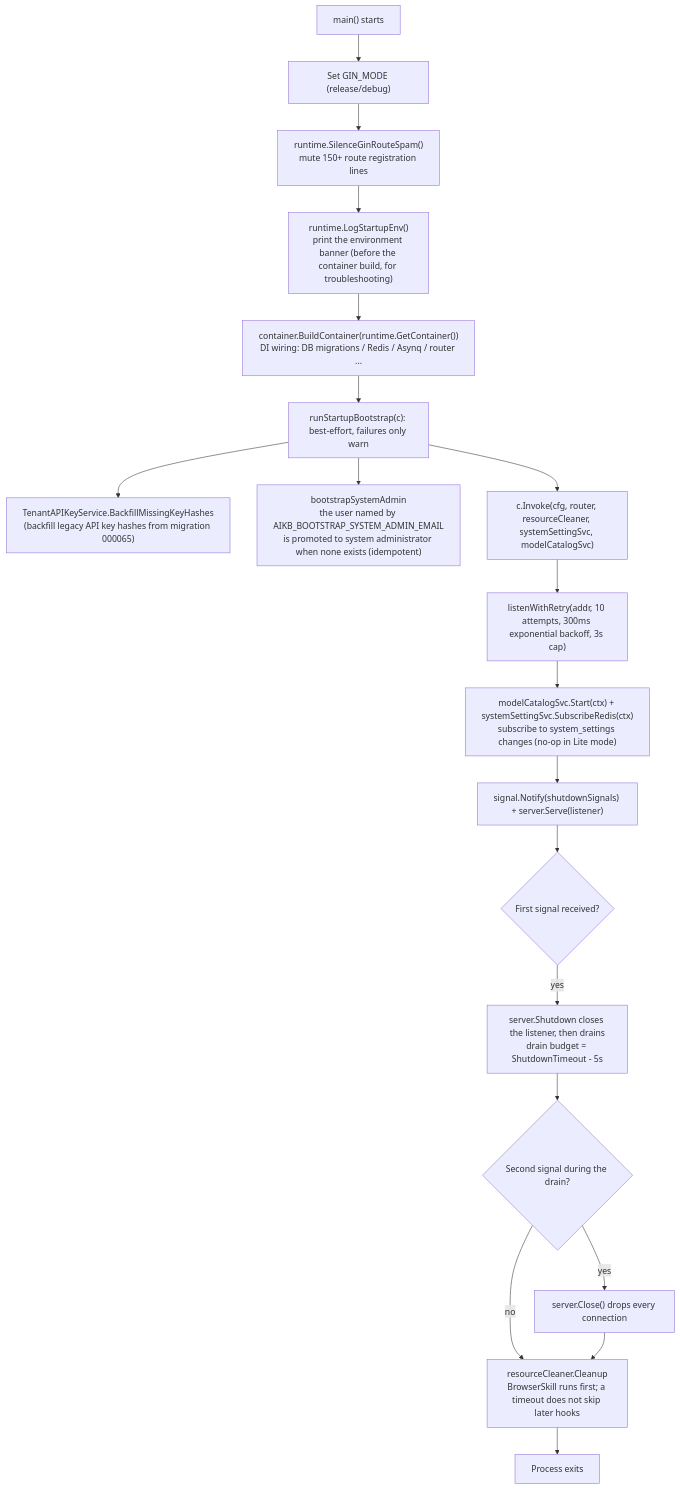
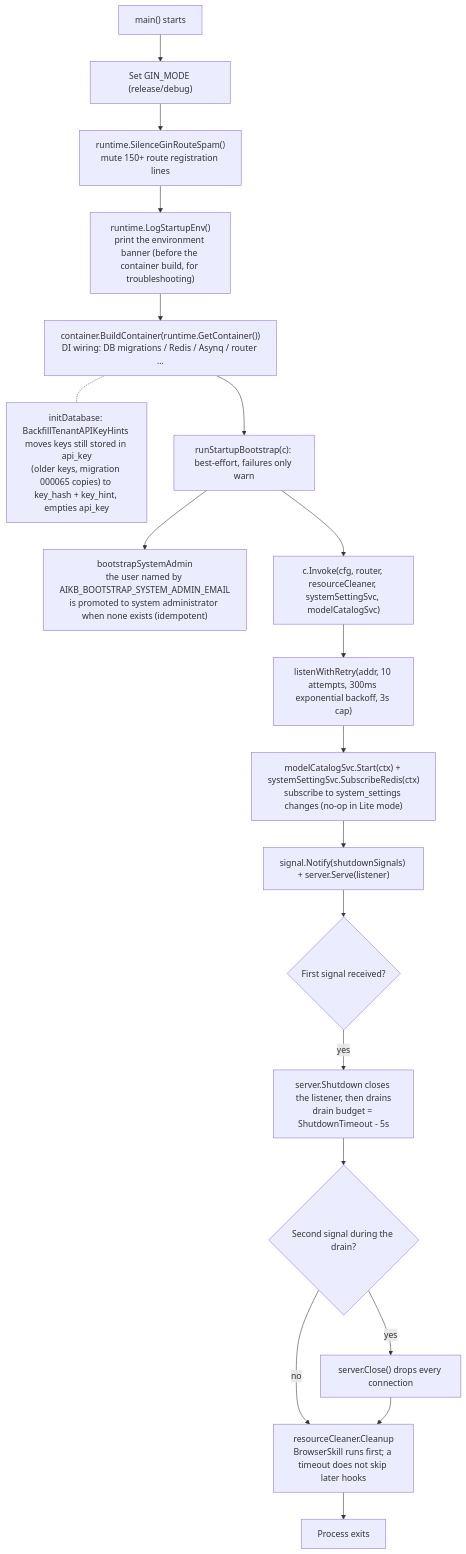
The second of 3 diagrams in website-docs/02-architecture/02-backend-design.md (jrmatherly/ai-kb), drawn with Mermaid before and after one commit. The commit also changed other lines of this file and 37 other files, not shown here.

````diff
--- a/website-docs/02-architecture/02-backend-design.md
+++ b/website-docs/02-architecture/02-backend-design.md
@@ -108,21 +108,21 @@
 ```mermaid
 flowchart TD
     A["main() starts"] --> B["Set GIN_MODE (release/debug)"]
     B --> C["runtime.SilenceGinRouteSpam()<br/>mute 150+ route registration lines"]
     C --> D["runtime.LogStartupEnv()<br/>print the environment banner (before the container build, for troubleshooting)"]
     D --> E["container.BuildContainer(runtime.GetContainer())<br/>DI wiring: DB migrations / Redis / Asynq / router ..."]
+    E -.- E1["initDatabase: BackfillTenantAPIKeyHints moves keys still stored in api_key<br/>(older keys, migration 000065 copies) to key_hash + key_hint, empties api_key"]
     E --> F["runStartupBootstrap(c): best-effort, failures only warn"]
-    F --> F1["TenantAPIKeyService.BackfillMissingKeyHashes<br/>(backfill legacy API key hashes from migration 000065)"]
     F --> F2["bootstrapSystemAdmin<br/>the user named by AIKB_BOOTSTRAP_SYSTEM_ADMIN_EMAIL<br/>is promoted to system administrator when none exists (idempotent)"]
     F --> G["c.Invoke(cfg, router, resourceCleaner, systemSettingSvc, modelCatalogSvc)"]
     G --> H["listenWithRetry(addr, 10 attempts, 300ms exponential backoff, 3s cap)"]
     H --> I["modelCatalogSvc.Start(ctx) + systemSettingSvc.SubscribeRedis(ctx)<br/>subscribe to system_settings changes (no-op in Lite mode)"]
     I --> J["signal.Notify(shutdownSignals) + server.Serve(listener)"]
     J --> K{"First signal received?"}
     K -->|yes| L["server.Shutdown closes the listener, then drains<br/>drain budget = ShutdownTimeout - 5s"]
     L --> M{"Second signal during the drain?"}
     M -->|yes| N["server.Close() drops every connection"]
     M -->|no| O["resourceCleaner.Cleanup<br/>BrowserSkill runs first; a timeout does not skip later hooks"]
     N --> O
     O --> P["Process exits"]
 ```
````
